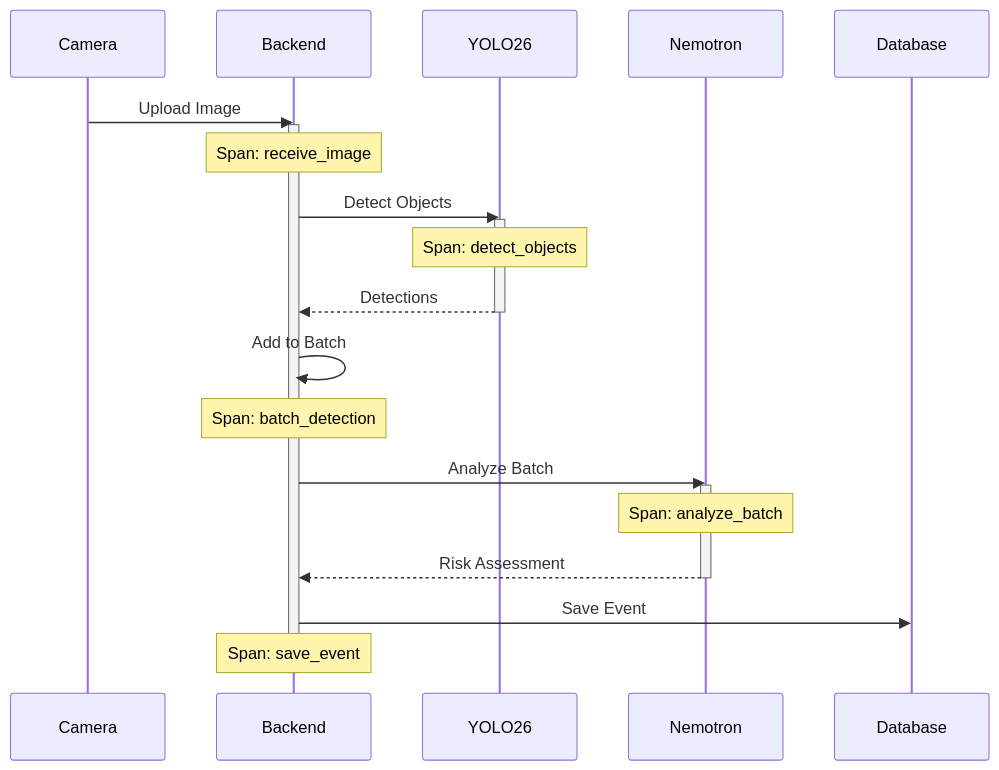
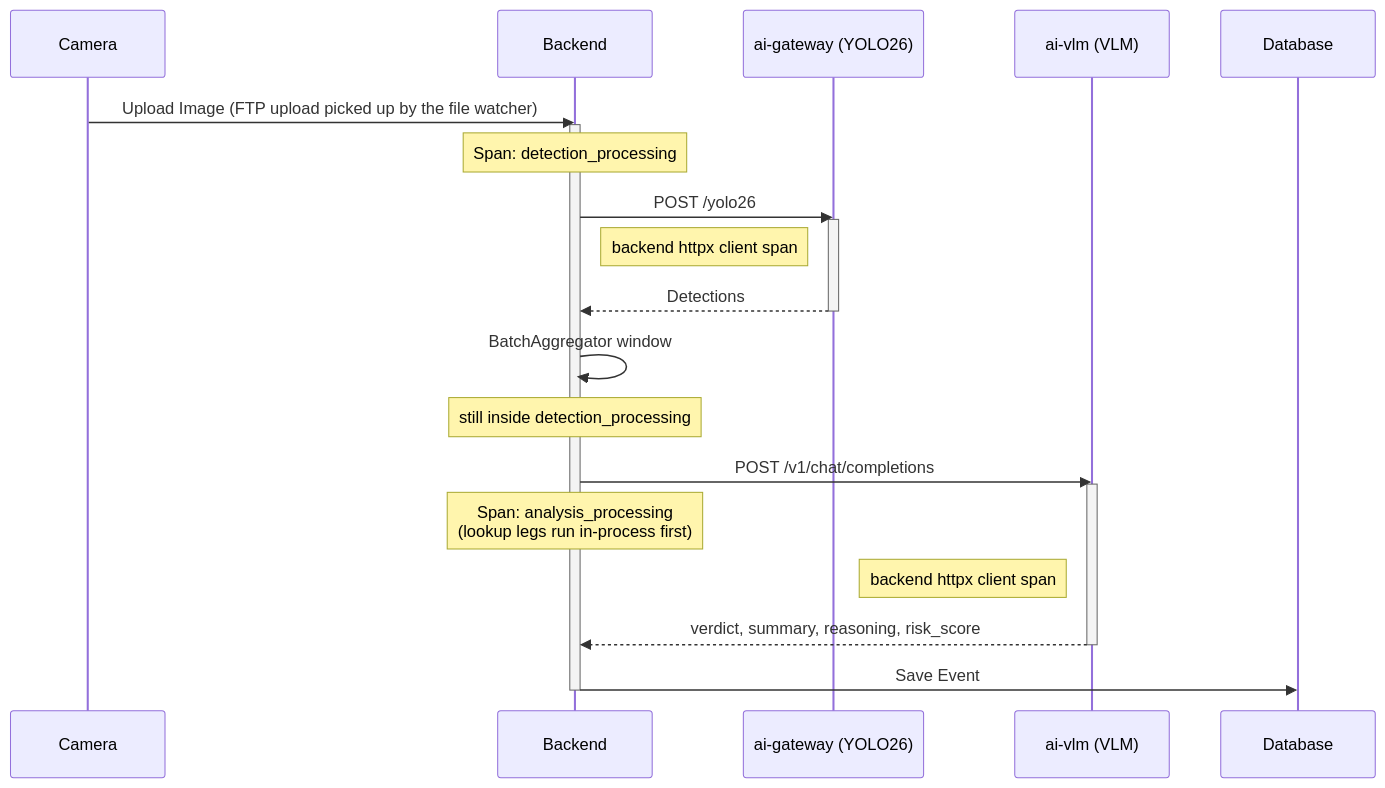
Before and after one commit to mikesvoboda/nemotron-v3-home-security-intelligence: the first of 2 diagrams in docs/ui/tracing.md, drawn with Mermaid. The commit also changed other lines of this file and 231 other files, not shown here.

````diff
--- a/docs/ui/tracing.md
+++ b/docs/ui/tracing.md
@@ -130,31 +133,31 @@
 ```mermaid
 sequenceDiagram
     participant C as Camera
     participant B as Backend
-    participant R as YOLO26
-    participant N as Nemotron
+    participant R as ai-gateway (YOLO26)
+    participant N as ai-vlm (VLM)
     participant DB as Database
 
-    C->>B: Upload Image
+    C->>B: Upload Image (FTP upload picked up by the file watcher)
     activate B
-    Note over B: Span: receive_image
+    Note over B: Span: detection_processing
 
-    B->>R: Detect Objects
+    B->>R: POST /yolo26
     activate R
-    Note over R: Span: detect_objects
+    Note left of R: backend httpx client span
     R-->>B: Detections
     deactivate R
 
-    B->>B: Add to Batch
-    Note over B: Span: batch_detection
+    B->>B: BatchAggregator window
+    Note over B: still inside detection_processing
 
-    B->>N: Analyze Batch
+    B->>N: POST /v1/chat/completions
     activate N
-    Note over N: Span: analyze_batch
-    N-->>B: Risk Assessment
+    Note over B: Span: analysis_processing<br/>(lookup legs run in-process first)
+    Note left of N: backend httpx client span
+    N-->>B: verdict, summary, reasoning, risk_score
     deactivate N
 
     B->>DB: Save Event
-    Note over B: Span: save_event
     deactivate B
 ```
````
